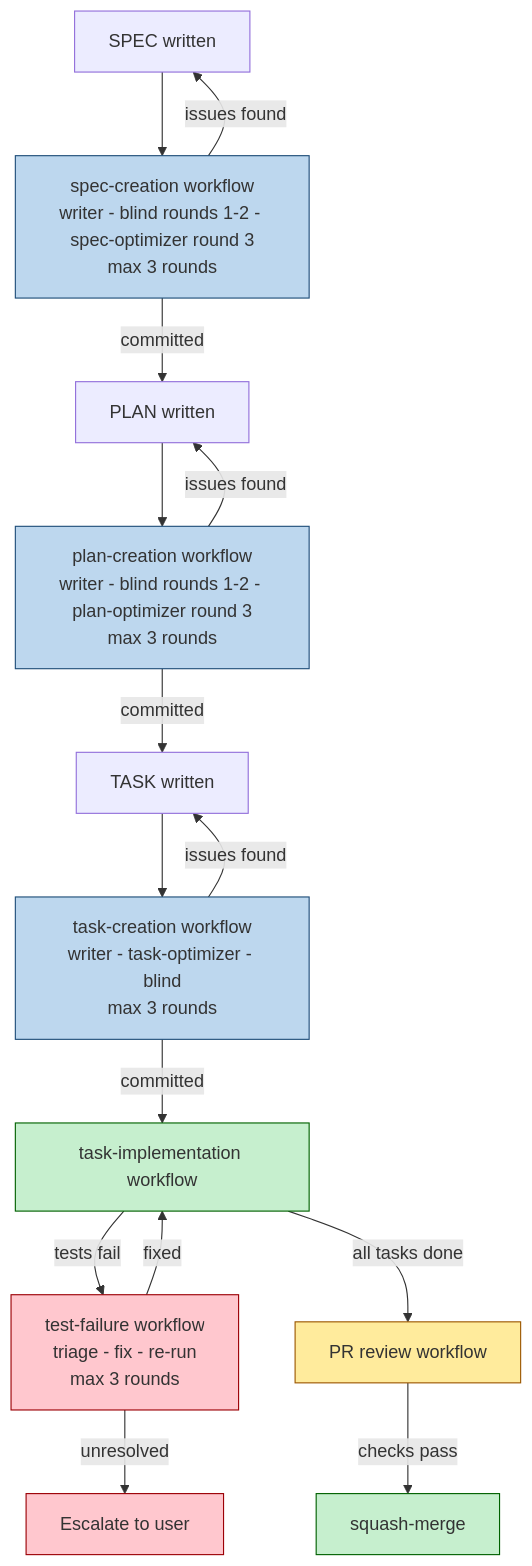
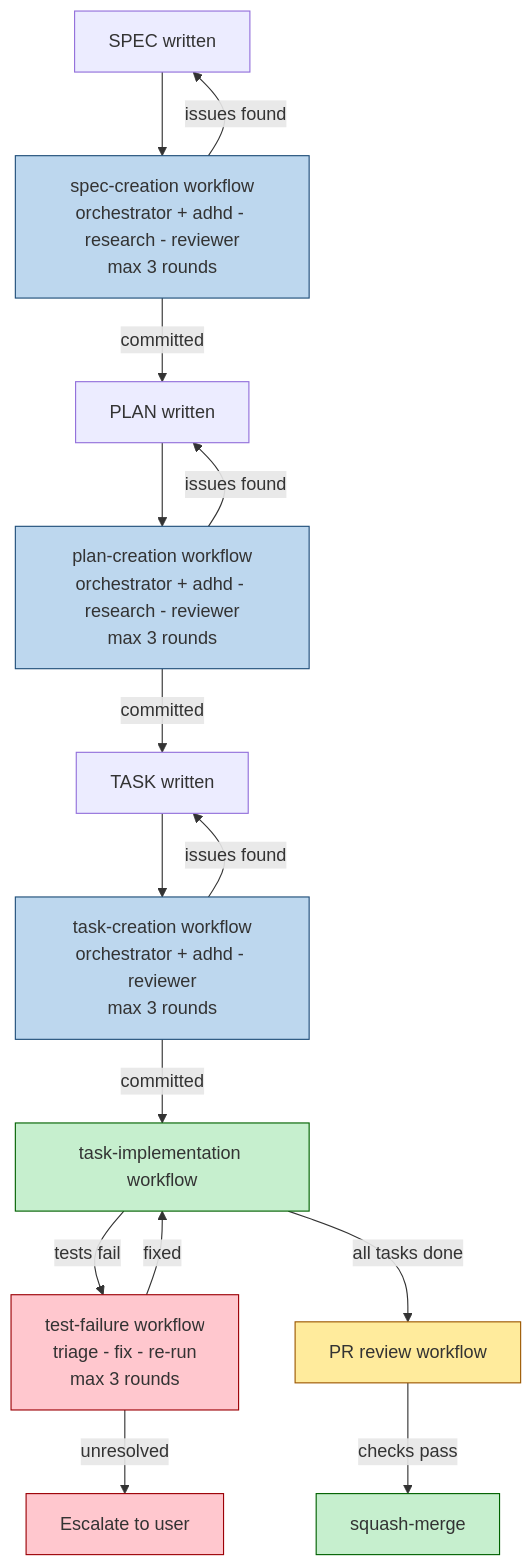
One commit to bperin/project-context changed the first of 4 diagrams in src/workflows/overview.md. Above: the diagram before and after it, drawn with Mermaid. The commit also changed other lines of this file and 20 other files, not shown here.

First line of the commit message:
Remove blind-reviewer role from all workflows

````diff
--- a/src/workflows/overview.md
+++ b/src/workflows/overview.md
@@ -7,27 +7,27 @@
 ```mermaid
 flowchart TD
-    SPEC["SPEC written"] --> SPECW["spec-creation workflow<br/>writer - blind rounds 1-2 - spec-optimizer round 3<br/>max 3 rounds"]
+    SPEC["SPEC written"] --> SPECW["spec-creation workflow<br/>orchestrator + adhd - research - reviewer<br/>max 3 rounds"]
     SPECW -->|committed| PLAN["PLAN written"]
-    PLAN --> PLANW["plan-creation workflow<br/>writer - blind rounds 1-2 - plan-optimizer round 3<br/>max 3 rounds"]
+    PLAN --> PLANW["plan-creation workflow<br/>orchestrator + adhd - research - reviewer<br/>max 3 rounds"]
     PLANW -->|committed| TASK["TASK written"]
-    TASK --> TASKW["task-creation workflow<br/>writer - task-optimizer - blind<br/>max 3 rounds"]
+    TASK --> TASKW["task-creation workflow<br/>orchestrator + adhd - reviewer<br/>max 3 rounds"]
     TASKW -->|committed| IMPL["task-implementation workflow"]
     IMPL -->|tests fail| TF["test-failure workflow<br/>triage - fix - re-run<br/>max 3 rounds"]
     TF -->|fixed| IMPL
     TF -->|unresolved| ESC["Escalate to user"]
     IMPL -->|all tasks done| PR["PR review workflow"]
     PR -->|checks pass| MERGE["squash-merge"]
 
     SPECW -->|issues found| SPEC
     PLANW -->|issues found| PLAN
     TASKW -->|issues found| TASK
 
     style SPECW fill:#BDD7EE,stroke:#1F4E79
     style PLANW fill:#BDD7EE,stroke:#1F4E79
     style TASKW fill:#BDD7EE,stroke:#1F4E79
     style IMPL fill:#C6EFCE,stroke:#006100
     style TF fill:#FFC7CE,stroke:#9C0006
     style ESC fill:#FFC7CE,stroke:#9C0006
     style PR fill:#FFEB9C,stroke:#9C5700
     style MERGE fill:#C6EFCE,stroke:#006100
 ```
````
